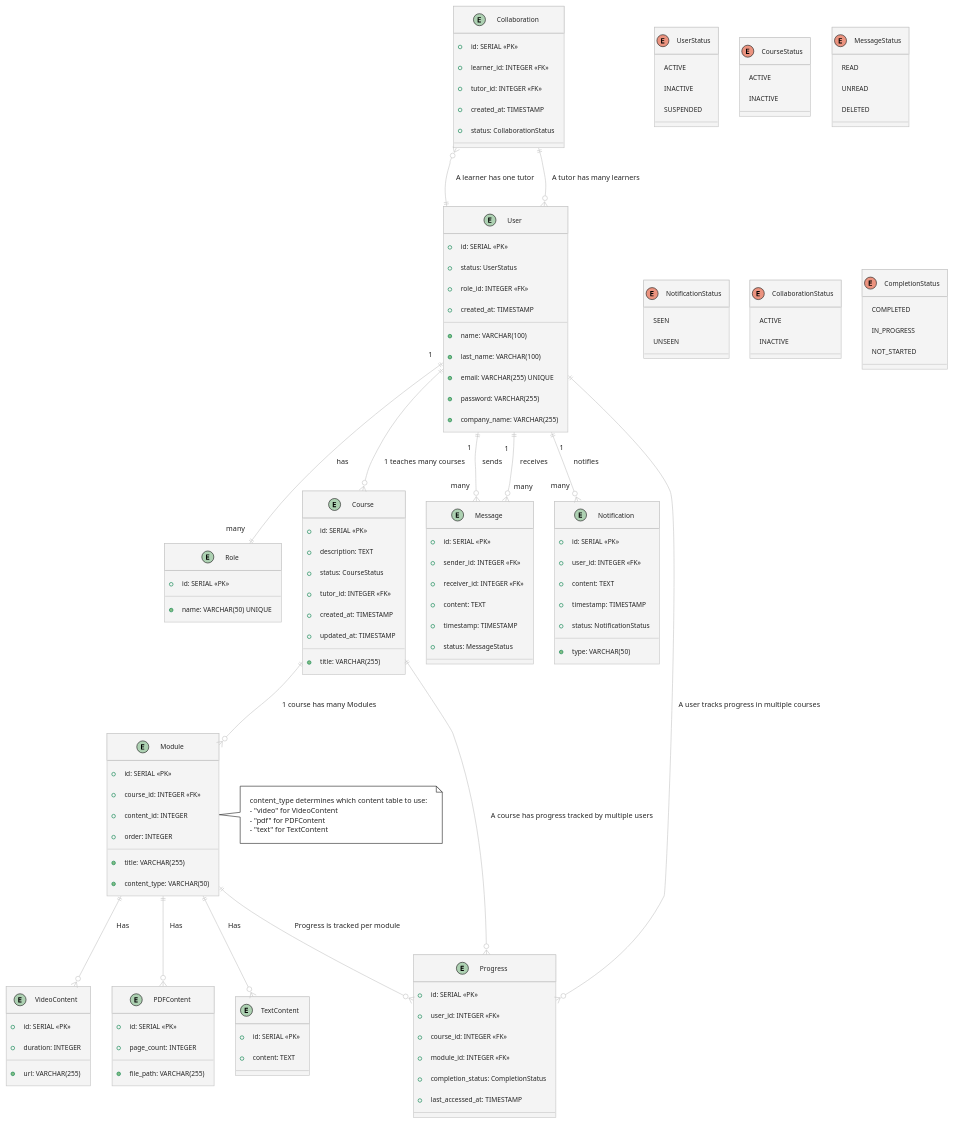
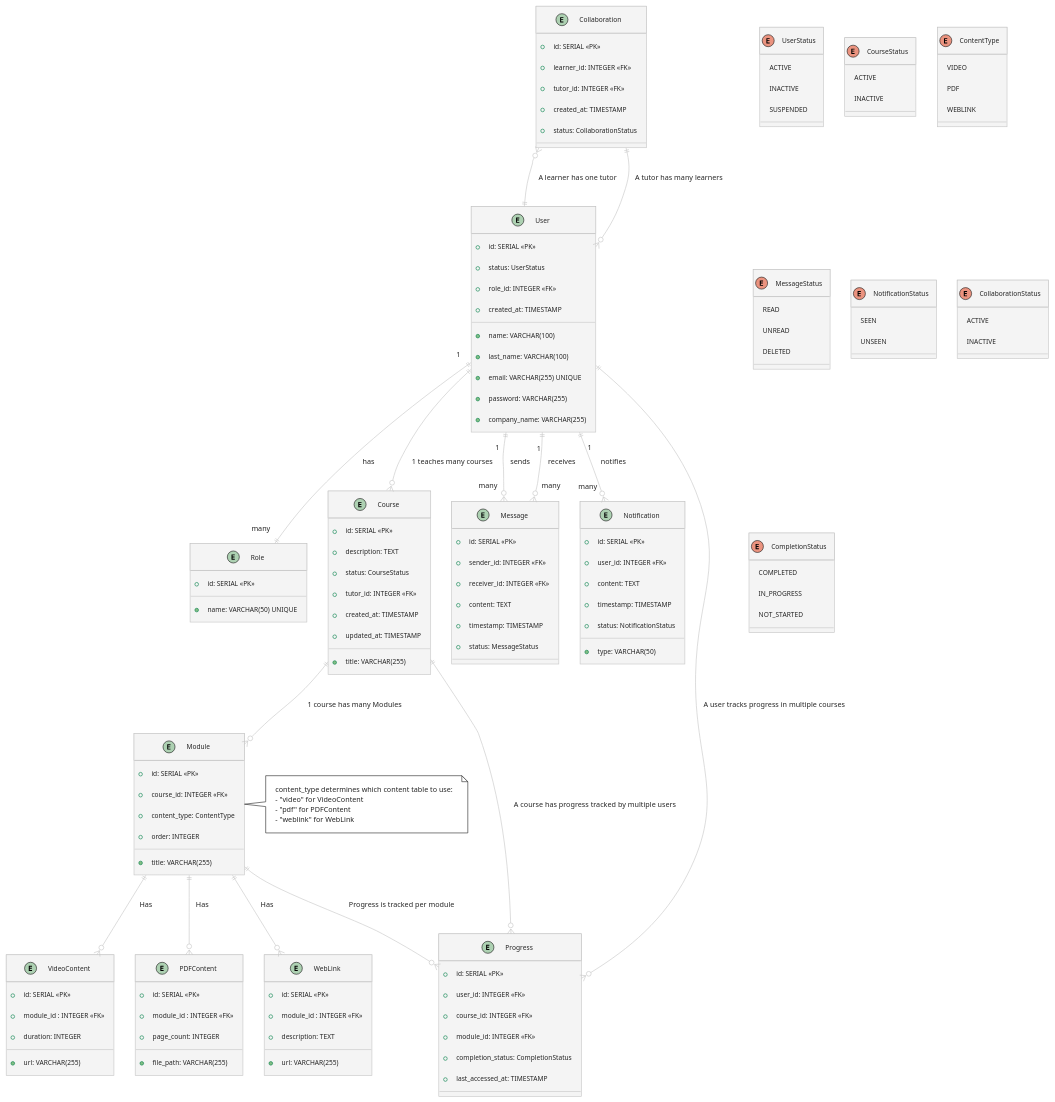
Before and after one commit to Davidben75/Elearn_api: the diagram in UML/entity_relation_diagram.pu, drawn with PlantUML.

Commit message:
correction ERD

```diff
--- a/UML/entity_relation_diagram.pu
+++ b/UML/entity_relation_diagram.pu
@@ -1,151 +1,160 @@
 @startuml "Optimized PostgreSQL Schema with Content Type Association"
 !theme carbon-gray
 
 entity User {
   +id: SERIAL <<PK>>
   +name: VARCHAR(100)
   +last_name: VARCHAR(100)
   +email: VARCHAR(255) UNIQUE
   +password: VARCHAR(255)
   +status: UserStatus
   +company_name: VARCHAR(255)
   +role_id: INTEGER <<FK>>
   +created_at: TIMESTAMP
 }
 
 entity Role {
   +id: SERIAL <<PK>>
   +name: VARCHAR(50) UNIQUE
 }
 
 entity Course {
   +id: SERIAL <<PK>>
   +title: VARCHAR(255)
   +description: TEXT
   +status: CourseStatus
   +tutor_id: INTEGER <<FK>>
   +created_at: TIMESTAMP
   +updated_at: TIMESTAMP
 }
 
 entity Module {
   +id: SERIAL <<PK>>
   +course_id: INTEGER <<FK>>
   +title: VARCHAR(255)
-  +content_type: VARCHAR(50)
-  +content_id: INTEGER
+  +content_type: ContentType
   +order: INTEGER
 }
 
 entity VideoContent {
   +id: SERIAL <<PK>>
+  +module_id : INTEGER <<FK>>
   +url: VARCHAR(255)
   +duration: INTEGER
 }
 
 entity PDFContent {
   +id: SERIAL <<PK>>
+  +module_id : INTEGER <<FK>>
   +file_path: VARCHAR(255)
   +page_count: INTEGER
 }
 
-entity TextContent {
+entity WebLink {
   +id: SERIAL <<PK>>
-  +content: TEXT
+  +module_id : INTEGER <<FK>>
+  +description: TEXT
+  +url: VARCHAR(255)
 }
 
 entity Message {
   +id: SERIAL <<PK>>
   +sender_id: INTEGER <<FK>>
   +receiver_id: INTEGER <<FK>>
   +content: TEXT
   +timestamp: TIMESTAMP
   +status: MessageStatus
 }
 
 entity Notification {
   +id: SERIAL <<PK>>
   +user_id: INTEGER <<FK>>
   +content: TEXT
   +timestamp: TIMESTAMP
   +status: NotificationStatus
   +type: VARCHAR(50)
 }
 
 entity Collaboration {
   +id: SERIAL <<PK>>
   +learner_id: INTEGER <<FK>>
   +tutor_id: INTEGER <<FK>>
   +created_at: TIMESTAMP
   +status: CollaborationStatus
 }
 
 entity Progress {
   +id: SERIAL <<PK>>
   +user_id: INTEGER <<FK>>
   +course_id: INTEGER <<FK>>
   +module_id: INTEGER <<FK>>
   +completion_status: CompletionStatus
   +last_accessed_at: TIMESTAMP 
 }
 
 enum UserStatus {
   ACTIVE
   INACTIVE
   SUSPENDED
 }
 
 enum CourseStatus {
   ACTIVE
   INACTIVE
 }
 
+enum ContentType {
+  VIDEO
+  PDF
+  WEBLINK
+}
+
 enum MessageStatus {
   READ
   UNREAD
   DELETED
 }
 
 enum NotificationStatus {
   SEEN
   UNSEEN
 }
 
 enum CollaborationStatus {
   ACTIVE
   INACTIVE
 }
 
 enum CompletionStatus {
   COMPLETED
   IN_PROGRESS
   NOT_STARTED
 }
 
 User ||--o{ Progress : "A user tracks progress in multiple courses"
 Course ||--o{ Progress : "A course has progress tracked by multiple users"
 Module ||--o{ Progress : "Progress is tracked per module"
 
 User ||--|| Role : "1" has "many"
 User ||--o{ Message : "1" sends "many"
 User ||--o{ Message : "1" receives "many"
 User ||--o{ Notification : "1" notifies "many"
 User ||--o{ Course : "1 teaches many courses"
 
 Course ||--o{ Module : "1 course has many Modules" 
 
 Collaboration }o--|| User : "A learner has one tutor"
 Collaboration ||--o{ User : "A tutor has many learners"
 
 Module ||--o{ VideoContent : "Has"
 Module ||--o{ PDFContent : "Has"
-Module ||--o{ TextContent : "Has"
+Module ||--o{ WebLink : "Has"
 
 note right of Module
-  content_type determines which content table to use:
-  - "video" for VideoContent
-  - "pdf" for PDFContent
-  - "text" for TextContent
+content_type determines which content table to use:
+- "video" for VideoContent
+- "pdf" for PDFContent
+- "weblink" for WebLink
 end note
 
 @enduml
```
